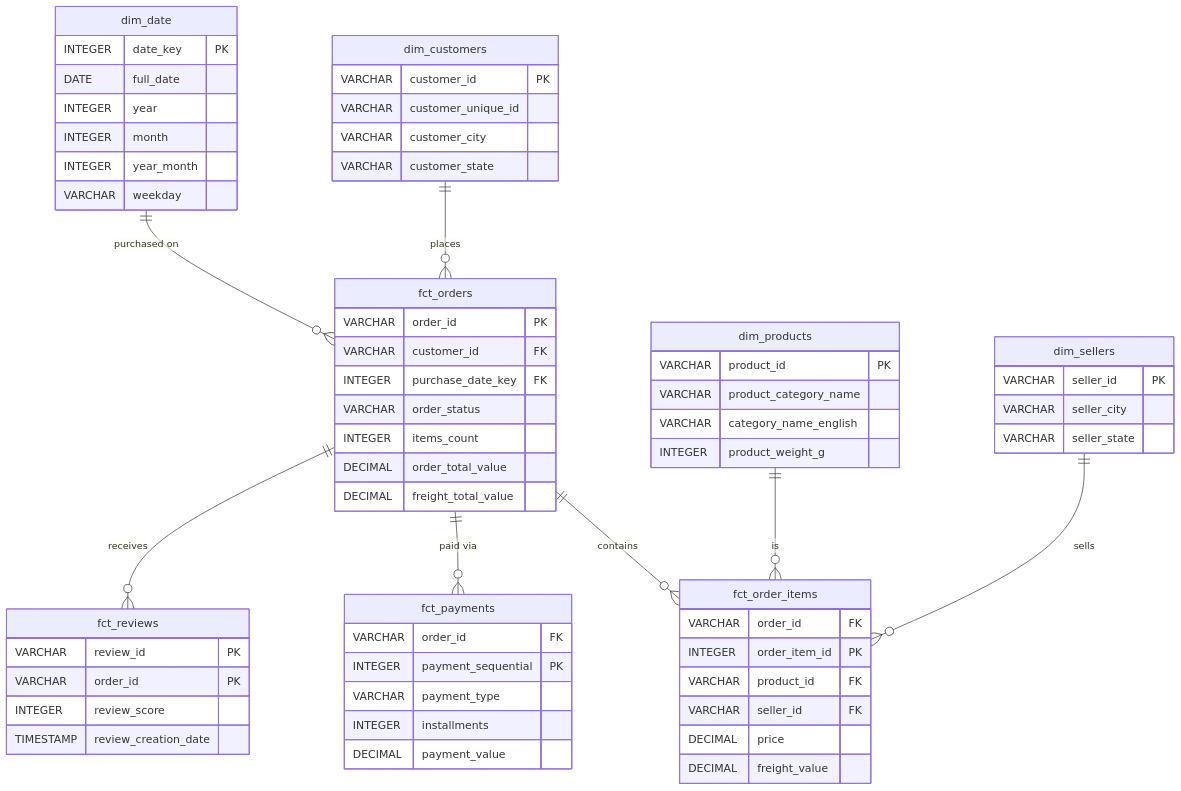
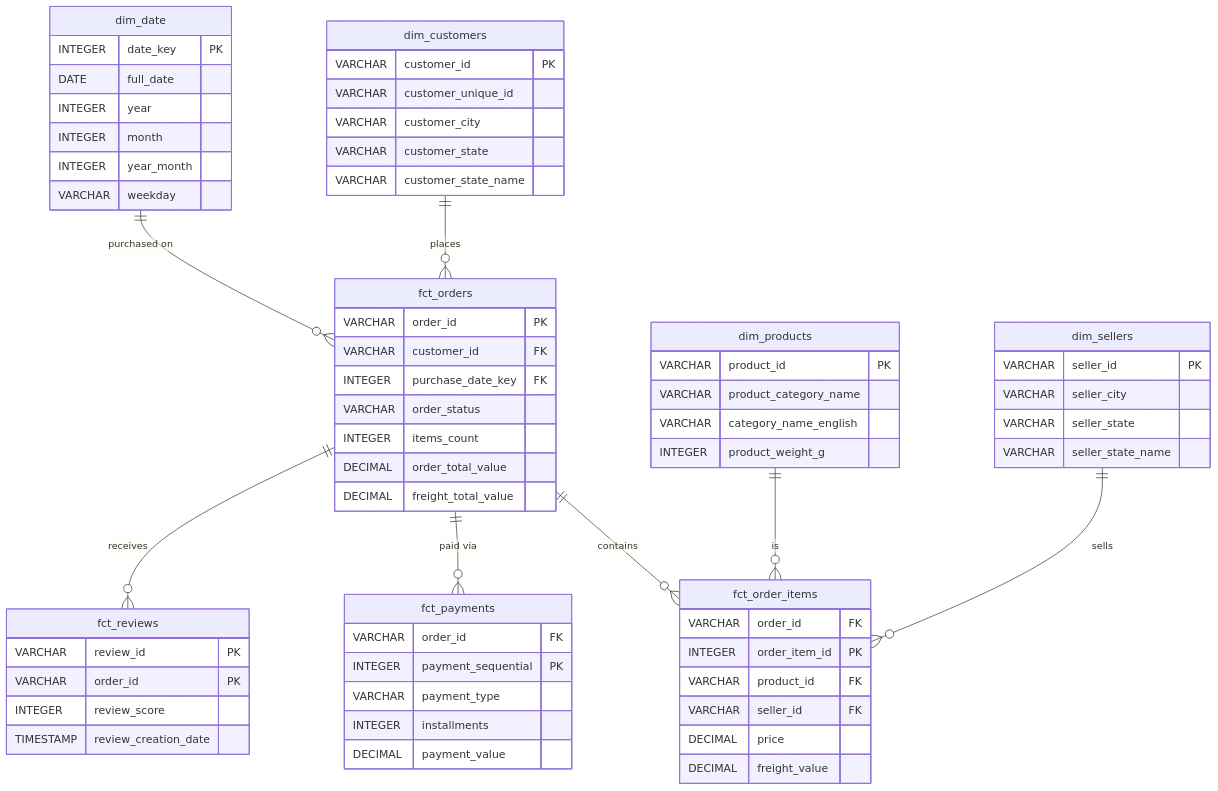
Before and after one commit to deexposito/medallion-ecommerce: the second of 2 diagrams in README.md, drawn with Mermaid. The commit also changed 11 other files, not shown here.

First line of the commit message:
Enrich seller/customer state codes with full Brazilian state names

````diff
--- a/README.md
+++ b/README.md
@@ -93,66 +93,68 @@
 ```mermaid
 erDiagram
   dim_customers ||--o{ fct_orders : places
   dim_date ||--o{ fct_orders : "purchased on"
   fct_orders ||--o{ fct_order_items : contains
   dim_products ||--o{ fct_order_items : is
   dim_sellers ||--o{ fct_order_items : sells
   fct_orders ||--o{ fct_payments : "paid via"
   fct_orders ||--o{ fct_reviews : receives
 
   dim_customers {
     VARCHAR customer_id PK
     VARCHAR customer_unique_id
     VARCHAR customer_city
     VARCHAR customer_state
+    VARCHAR customer_state_name
   }
   dim_products {
     VARCHAR product_id PK
     VARCHAR product_category_name
     VARCHAR category_name_english
     INTEGER product_weight_g
   }
   dim_sellers {
     VARCHAR seller_id PK
     VARCHAR seller_city
     VARCHAR seller_state
+    VARCHAR seller_state_name
   }
   dim_date {
     INTEGER date_key PK
     DATE full_date
     INTEGER year
     INTEGER month
     INTEGER year_month
     VARCHAR weekday
   }
   fct_orders {
     VARCHAR order_id PK
     VARCHAR customer_id FK
     INTEGER purchase_date_key FK
     VARCHAR order_status
     INTEGER items_count
     DECIMAL order_total_value
     DECIMAL freight_total_value
   }
   fct_order_items {
     VARCHAR order_id FK
     INTEGER order_item_id PK
     VARCHAR product_id FK
     VARCHAR seller_id FK
     DECIMAL price
     DECIMAL freight_value
   }
   fct_payments {
     VARCHAR order_id FK
     INTEGER payment_sequential PK
     VARCHAR payment_type
     INTEGER installments
     DECIMAL payment_value
   }
   fct_reviews {
     VARCHAR review_id PK
     VARCHAR order_id PK
     INTEGER review_score
     TIMESTAMP review_creation_date
   }
 ```
````
